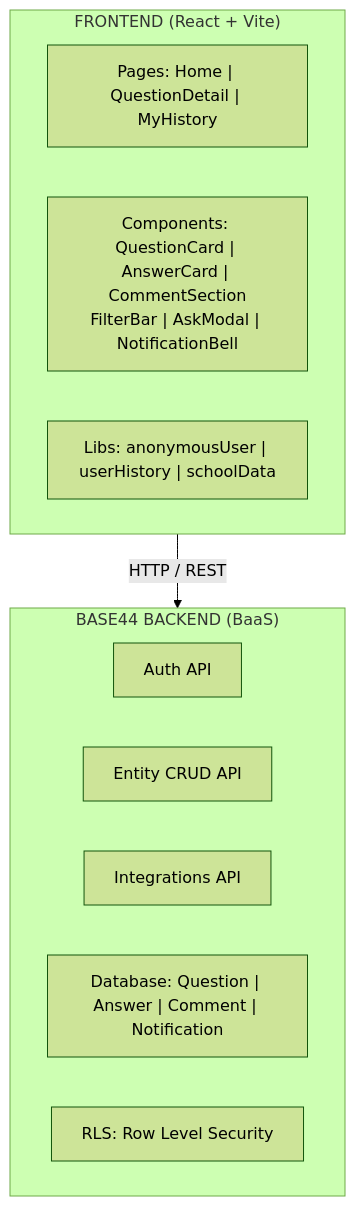
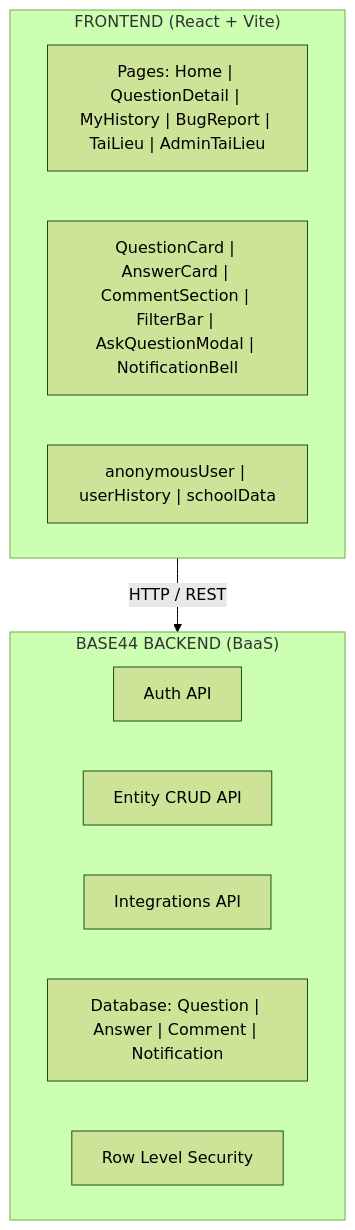
Before and after one commit to ptuan28/WEB: the fourth of 4 diagrams in README.md, drawn with Mermaid (forest theme). The commit also changed other lines of this file, not shown here.

````diff
--- a/README.md
+++ b/README.md
@@ -202,18 +218,18 @@
 ```mermaid
 flowchart TB
     subgraph FE["FRONTEND (React + Vite)"]
-        Pages["Pages: Home | QuestionDetail | MyHistory"]
-        Components["Components: QuestionCard | AnswerCard | CommentSection\nFilterBar | AskModal | NotificationBell"]
-        Libs["Libs: anonymousUser | userHistory | schoolData"]
+        Pages["Pages: Home | QuestionDetail | MyHistory | BugReport | TaiLieu | AdminTaiLieu"]
+        Components["QuestionCard | AnswerCard | CommentSection | FilterBar | AskQuestionModal | NotificationBell"]
+        Libs["anonymousUser | userHistory | schoolData"]
     end
 
     subgraph BE["BASE44 BACKEND (BaaS)"]
         Auth["Auth API"]
         Entity["Entity CRUD API"]
         Integration["Integrations API"]
         DB["Database: Question | Answer | Comment | Notification"]
-        RLS["RLS: Row Level Security"]
+        RLS["Row Level Security"]
     end
 
     FE -->|HTTP / REST| BE
 ```
````
